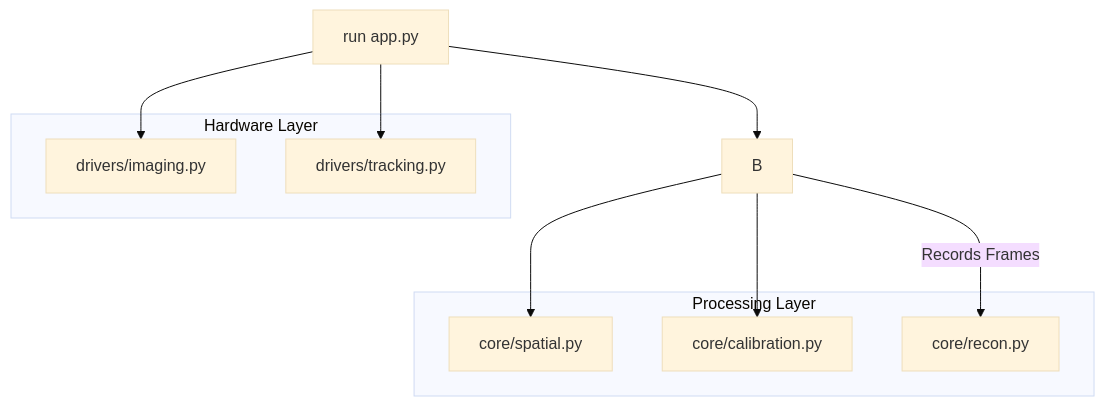
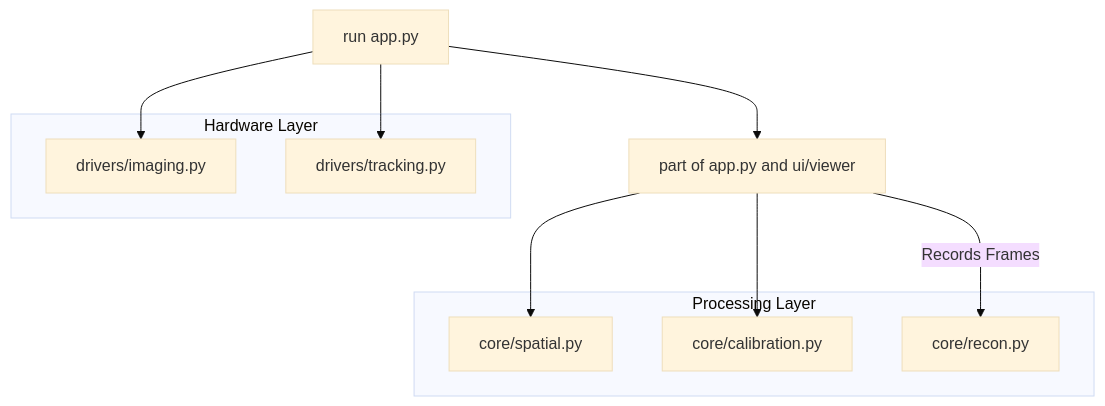
Before and after one commit to ashleydo8/ultrasound_project: the diagram in README.md, drawn with Mermaid (base theme).

````diff
--- a/README.md
+++ b/README.md
@@ -21,22 +21,22 @@
 ```mermaid
 graph TD
-    A[run app.py] --> B
+    A[run app.py] --> B[part of app.py and ui/viewer] 
     A --> C[drivers/imaging.py]
     A --> D[drivers/tracking.py]
     
     B --> E[core/spatial.py]
     B --> F[core/calibration.py]
     
     subgraph "Hardware Layer"
     C
     D
     end
     
     subgraph "Processing Layer"
     E
     F
     G[core/recon.py]
     end
     
     B -- "Records Frames" --> G
 ```
````
